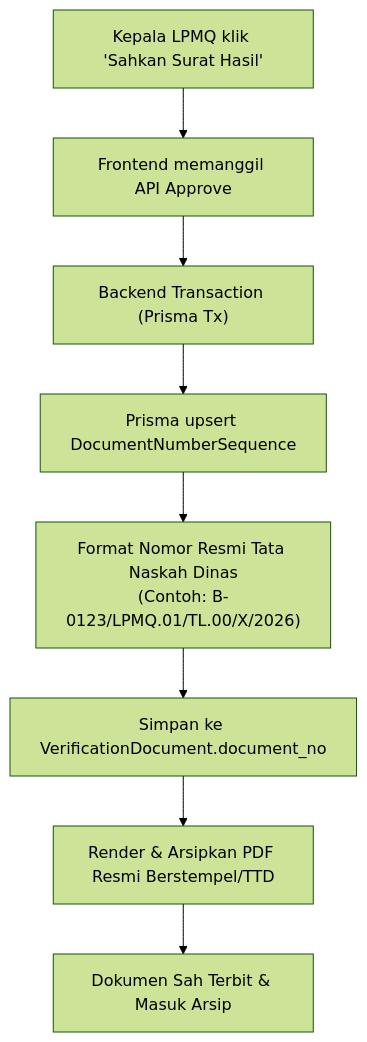
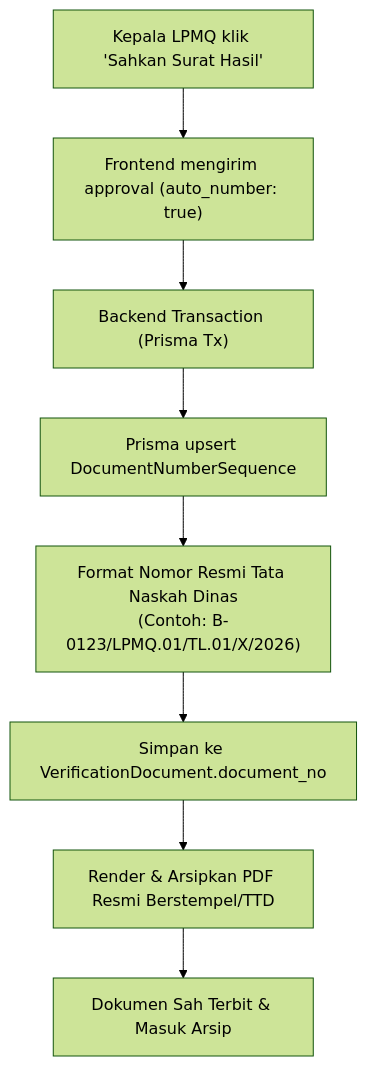
The diagram in docs/tugas/fakhri/B-03-nomor-surat-otomatis.md (farisifakhri/lpmqtashihhub), drawn with Mermaid (forest theme) before and after one commit. The commit also changed other lines of this file and 4 other files, not shown here.

Commit message:
feat(verification): penomoran surat resmi otomatis kode TL.01 & integrasi approval Kepala LPMQ (B-03 / UAT U-04)

````diff
--- a/docs/tugas/fakhri/B-03-nomor-surat-otomatis.md
+++ b/docs/tugas/fakhri/B-03-nomor-surat-otomatis.md
@@ -45,10 +50,10 @@
 ```mermaid
 flowchart TD
-    A["Kepala LPMQ klik 'Sahkan Surat Hasil'"] --> B["Frontend memanggil API Approve"]
+    A["Kepala LPMQ klik 'Sahkan Surat Hasil'"] --> B["Frontend mengirim approval (auto_number: true)"]
     B --> C["Backend Transaction (Prisma Tx)"]
     C --> D["Prisma upsert DocumentNumberSequence"]
-    D --> E["Format Nomor Resmi Tata Naskah Dinas<br/>(Contoh: B-0123/LPMQ.01/TL.00/X/2026)"]
+    D --> E["Format Nomor Resmi Tata Naskah Dinas<br/>(Contoh: B-0123/LPMQ.01/TL.01/X/2026)"]
     E --> F["Simpan ke VerificationDocument.document_no"]
     F --> G["Render & Arsipkan PDF Resmi Berstempel/TTD"]
     G --> H["Dokumen Sah Terbit & Masuk Arsip"]
 ```
````
